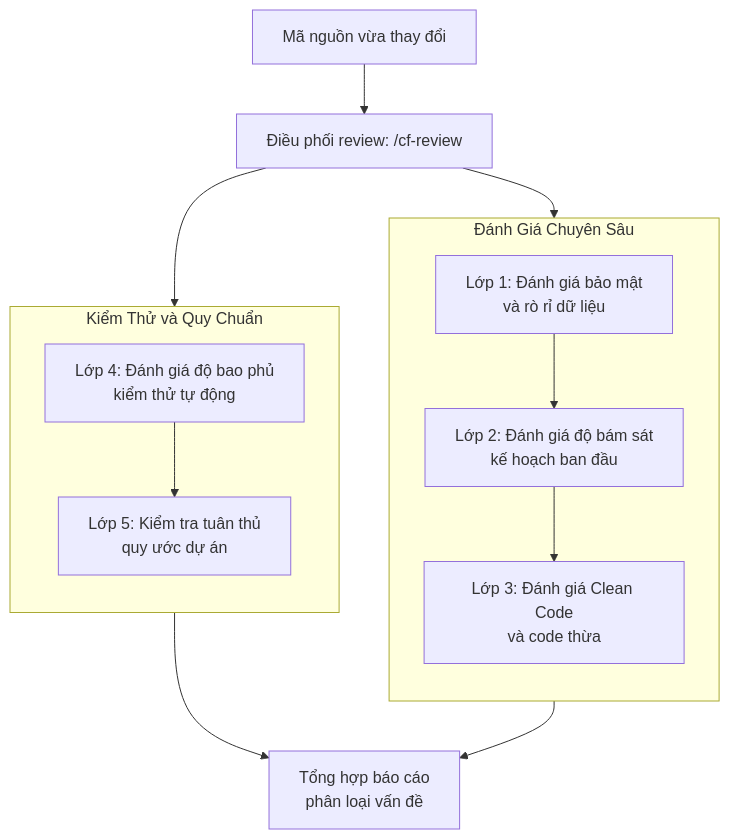
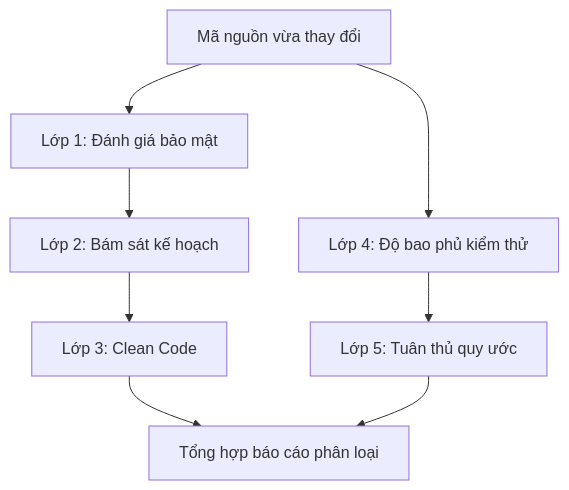
Before and after one commit to nguyengoctin/my_website: the sixth of 6 diagrams in content/posts/toan-tap-coding-friend-ai-engineering.md, drawn with Mermaid. The commit also changed other lines of this file and 17 other files, not shown here.

````diff
--- a/content/posts/toan-tap-coding-friend-ai-engineering.md
+++ b/content/posts/toan-tap-coding-friend-ai-engineering.md
@@ -172,25 +161,10 @@
 ```mermaid
 flowchart TD
-    Diff["Mã nguồn vừa thay đổi"] --> ReviewPipeline["Điều phối review: /cf-review"]
-
-    subgraph ColA ["Đánh Giá Chuyên Sâu"]
-        direction TB
-        L1["Lớp 1: Đánh giá bảo mật<br/>và rò rỉ dữ liệu"]
-        L2["Lớp 2: Đánh giá độ bám sát<br/>kế hoạch ban đầu"]
-        L3["Lớp 3: Đánh giá Clean Code<br/>và code thừa"]
-        L1 --> L2 --> L3
-    end
-
-    subgraph ColB ["Kiểm Thử và Quy Chuẩn"]
-        direction TB
-        L4["Lớp 4: Đánh giá độ bao phủ<br/>kiểm thử tự động"]
-        L5["Lớp 5: Kiểm tra tuân thủ<br/>quy ước dự án"]
-        L4 --> L5
-    end
-
-    ReviewPipeline --> L1
-    ReviewPipeline --> L4
-
-    L3 --> Merge["Tổng hợp báo cáo<br/>phân loại vấn đề"]
+    Diff["Mã nguồn vừa thay đổi"] --> L1["Lớp 1: Đánh giá bảo mật"]
+    Diff --> L4["Lớp 4: Độ bao phủ kiểm thử"]
+    L1 --> L2["Lớp 2: Bám sát kế hoạch"]
+    L4 --> L5["Lớp 5: Tuân thủ quy ước"]
+    L2 --> L3["Lớp 3: Clean Code"]
+    L3 --> Merge["Tổng hợp báo cáo phân loại"]
     L5 --> Merge
 ```
````
